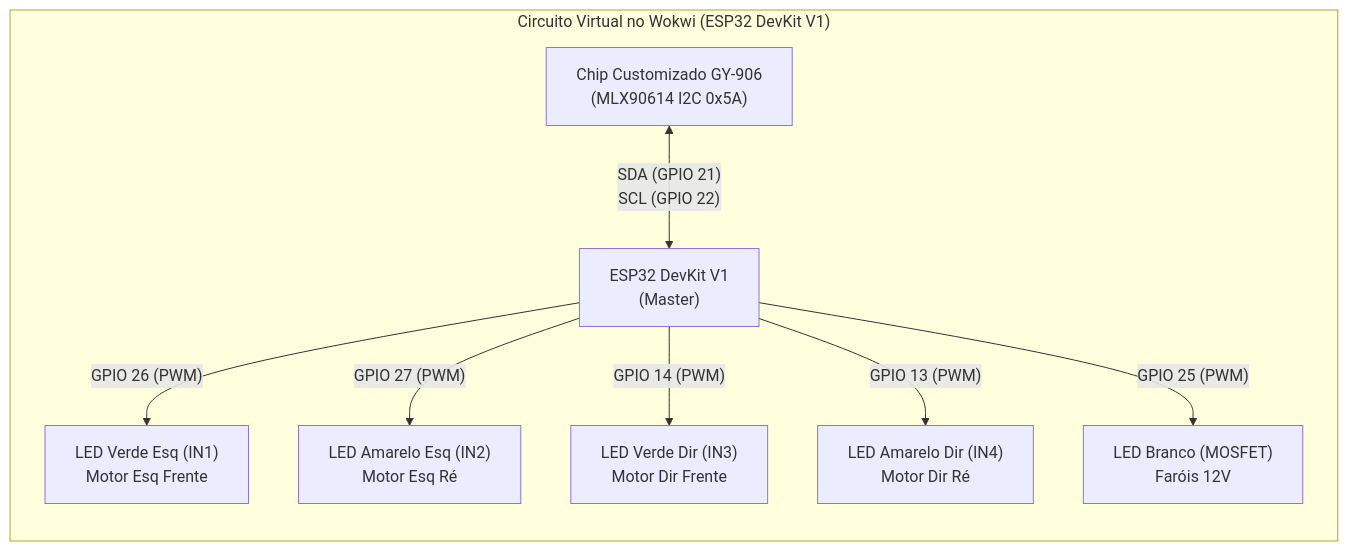
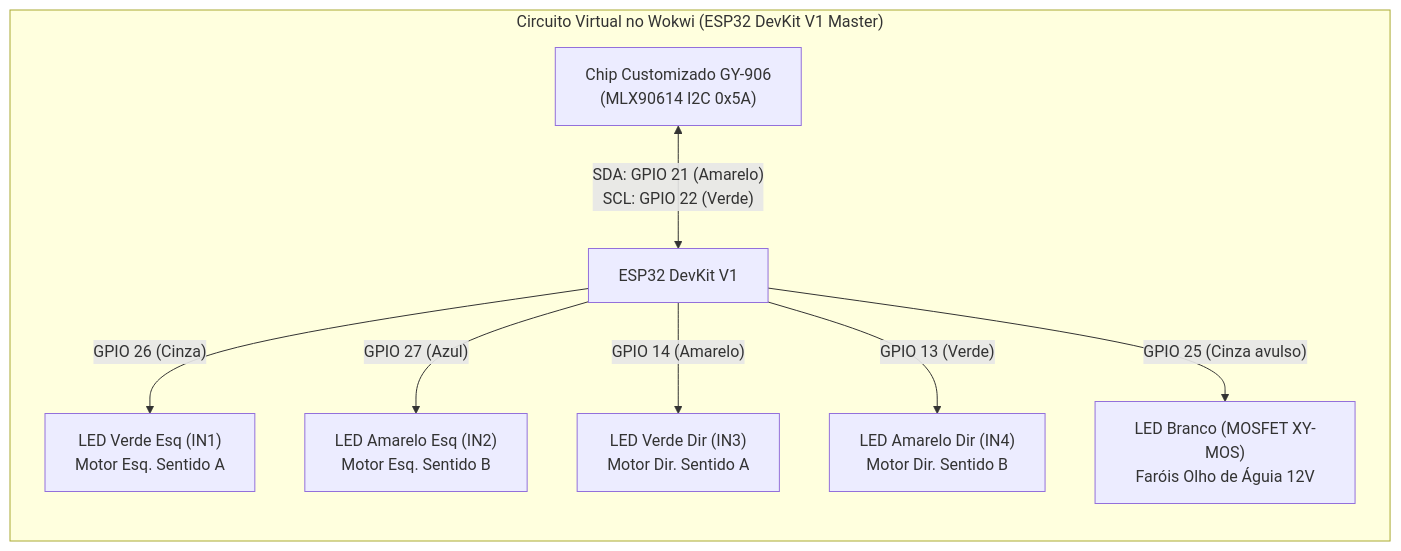
The diagram in docs/02_guia_simulacao.md (TacioMoreira25/robo-inspetor), drawn with Mermaid before and after one commit. The commit also changed other lines of this file and 29 other files, not shown here.

````diff
--- a/docs/02_guia_simulacao.md
+++ b/docs/02_guia_simulacao.md
@@ -9,19 +9,19 @@
 ```mermaid
 flowchart LR
-    subgraph WOKWI["Circuito Virtual no Wokwi (ESP32 DevKit V1)"]
-        ESP["ESP32 DevKit V1<br/>(Master)"]
+    subgraph WOKWI["Circuito Virtual no Wokwi (ESP32 DevKit V1 Master)"]
+        ESP["ESP32 DevKit V1"]
         GY["Chip Customizado GY-906<br/>(MLX90614 I2C 0x5A)"]
-        L1["LED Verde Esq (IN1)<br/>Motor Esq Frente"]
-        L2["LED Amarelo Esq (IN2)<br/>Motor Esq Ré"]
-        L3["LED Verde Dir (IN3)<br/>Motor Dir Frente"]
-        L4["LED Amarelo Dir (IN4)<br/>Motor Dir Ré"]
-        LF["LED Branco (MOSFET)<br/>Faróis 12V"]
+        L1["LED Verde Esq (IN1)<br/>Motor Esq. Sentido A"]
+        L2["LED Amarelo Esq (IN2)<br/>Motor Esq. Sentido B"]
+        L3["LED Verde Dir (IN3)<br/>Motor Dir. Sentido A"]
+        L4["LED Amarelo Dir (IN4)<br/>Motor Dir. Sentido B"]
+        LF["LED Branco (MOSFET XY-MOS)<br/>Faróis Olho de Águia 12V"]
     end
 
-    GY <-->|"SDA (GPIO 21)<br/>SCL (GPIO 22)"| ESP
-    ESP -->|"GPIO 26 (PWM)"| L1
-    ESP -->|"GPIO 27 (PWM)"| L2
-    ESP -->|"GPIO 14 (PWM)"| L3
-    ESP -->|"GPIO 13 (PWM)"| L4
-    ESP -->|"GPIO 25 (PWM)"| LF
+    GY <-->|"SDA: GPIO 21 (Amarelo)<br/>SCL: GPIO 22 (Verde)"| ESP
+    ESP -->|"GPIO 26 (Cinza)"| L1
+    ESP -->|"GPIO 27 (Azul)"| L2
+    ESP -->|"GPIO 14 (Amarelo)"| L3
+    ESP -->|"GPIO 13 (Verde)"| L4
+    ESP -->|"GPIO 25 (Cinza avulso)"| LF
 ```
````
